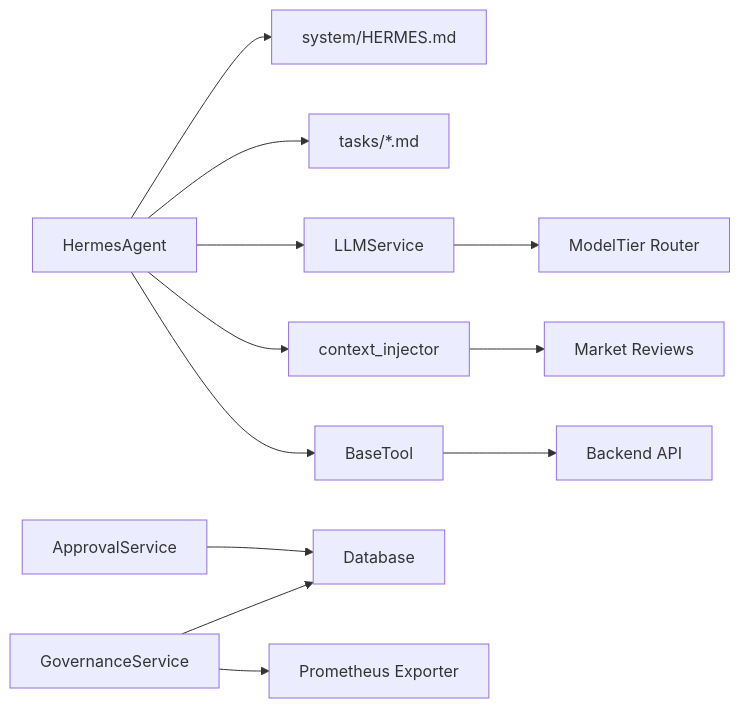
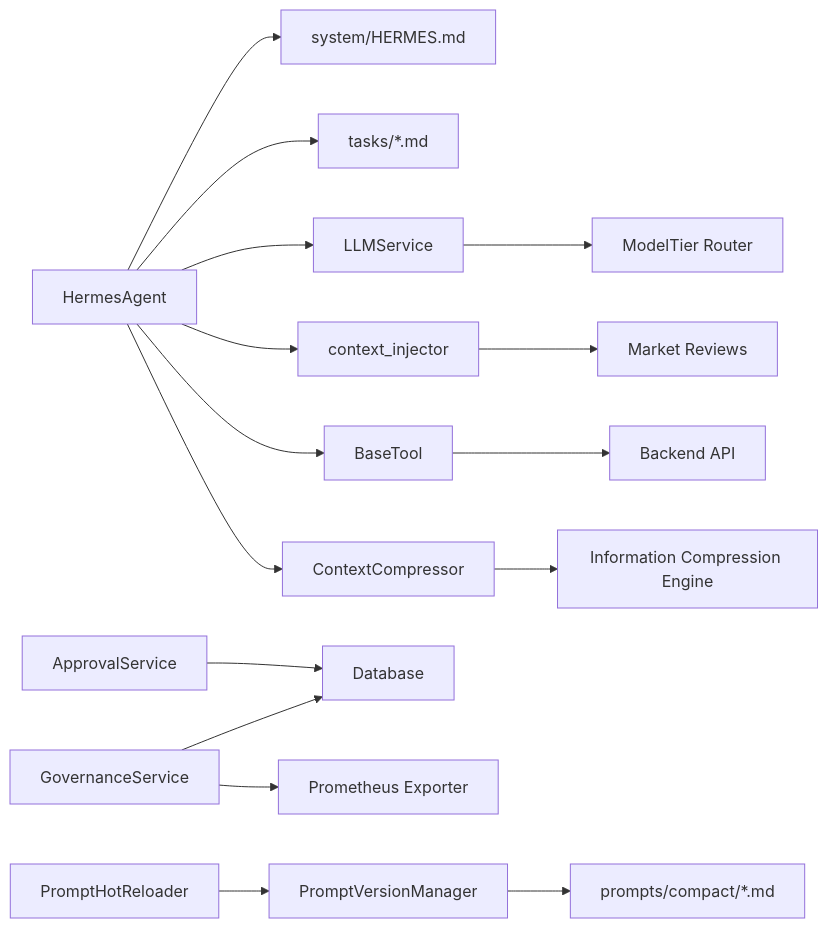
Before and after one commit to songlinhe5-lab/quant_agent: the third of 3 diagrams in .qoder/repowiki/zh/content/AI智能代理系统/提示词工程/提示词工程.md, drawn with Mermaid. The commit also changed other lines of this file and 296 other files, not shown here.

````diff
--- a/.qoder/repowiki/zh/content/AI智能代理系统/提示词工程/提示词工程.md
+++ b/.qoder/repowiki/zh/content/AI智能代理系统/提示词工程/提示词工程.md
@@ -303,14 +364,18 @@
 ```mermaid
 graph LR
 AG["HermesAgent"] --> SYS["system/HERMES.md"]
 AG --> TSK["tasks/*.md"]
 AG --> LLM["LLMService"]
 AG --> CI["context_injector"]
 AG --> TOOLS["BaseTool"]
+AG --> CC["ContextCompressor"]
+CC --> COMP["Information Compression Engine"]
 LLM --> ROUTER["ModelTier Router"]
 CI --> REVIEW["Market Reviews"]
 TOOLS --> BACKEND["Backend API"]
 GOV["GovernanceService"] --> DB["Database"]
 GOV --> PROM["Prometheus Exporter"]
 APPROVAL["ApprovalService"] --> DB
+VERSIONING["PromptVersionManager"] --> FILES["prompts/compact/*.md"]
+HOT_RELOAD["PromptHotReloader"] --> VERSIONING
 ```
````
